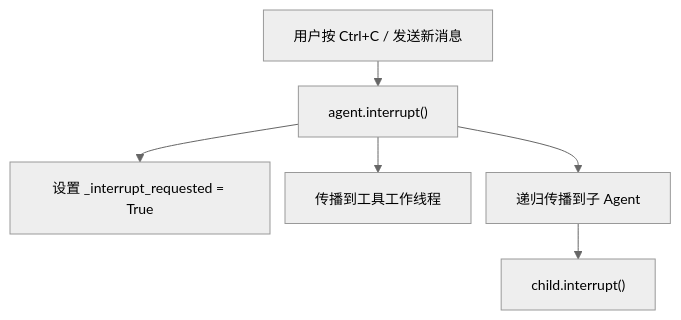
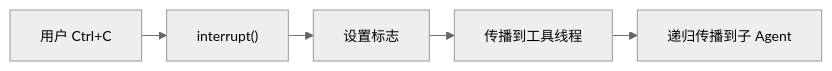
Before and after one commit to fang-lin/hermes-agent-code-analysis: the sixth of 6 diagrams in docs/zh/drafts/00-draft.md, drawn with Mermaid. The commit also changed other lines of this file and 3 other files, not shown here.

First line of the commit message:
图表交叉验证修正：凭证状态 3→2、中断图改链式、stable 层加省略标注

````diff
--- a/docs/zh/drafts/00-draft.md
+++ b/docs/zh/drafts/00-draft.md
@@ -348,9 +348,8 @@
 ```mermaid
 %%{init: {"theme": "neutral", "themeVariables": {"fontSize": "14px"}, "flowchart": {"nodeSpacing": 15, "rankSpacing": 25}}}%%
-flowchart TD
-    User["用户按 Ctrl+C / 发送新消息"] --> Interrupt["agent.interrupt#40;#41;"]
-    Interrupt --> Flag["设置 _interrupt_requested = True"]
-    Interrupt --> Tools["传播到工具工作线程"]
-    Interrupt --> Children["递归传播到子 Agent"]
-    Children --> ChildInt["child.interrupt#40;#41;"]
+flowchart LR
+    User["用户 Ctrl+C"] --> Interrupt["interrupt#40;#41;"]
+    Interrupt --> Flag["设置标志"]
+    Flag --> Tools["传播到工具线程"]
+    Tools --> Children["递归传播到子 Agent"]
 ```
````
